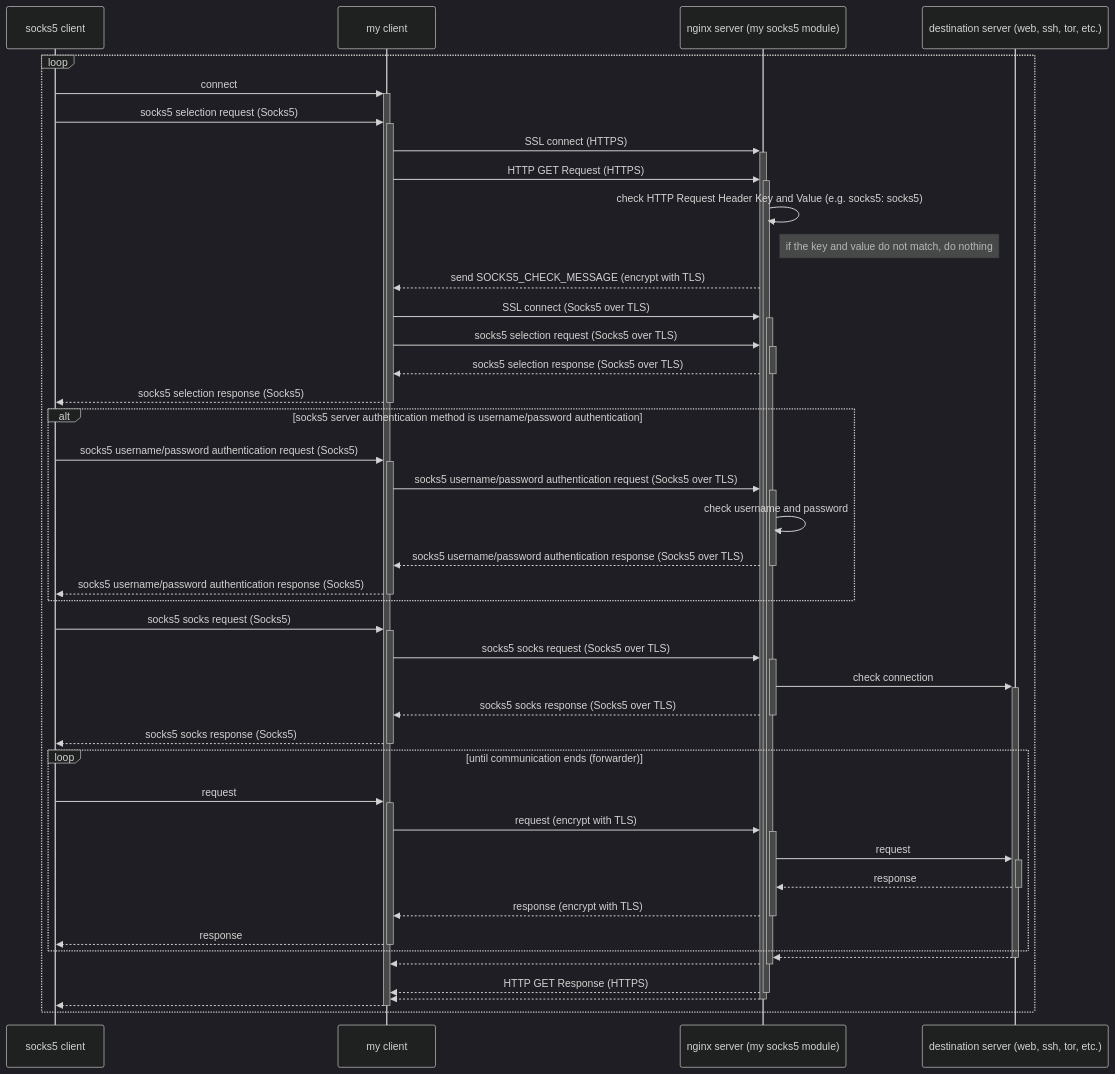
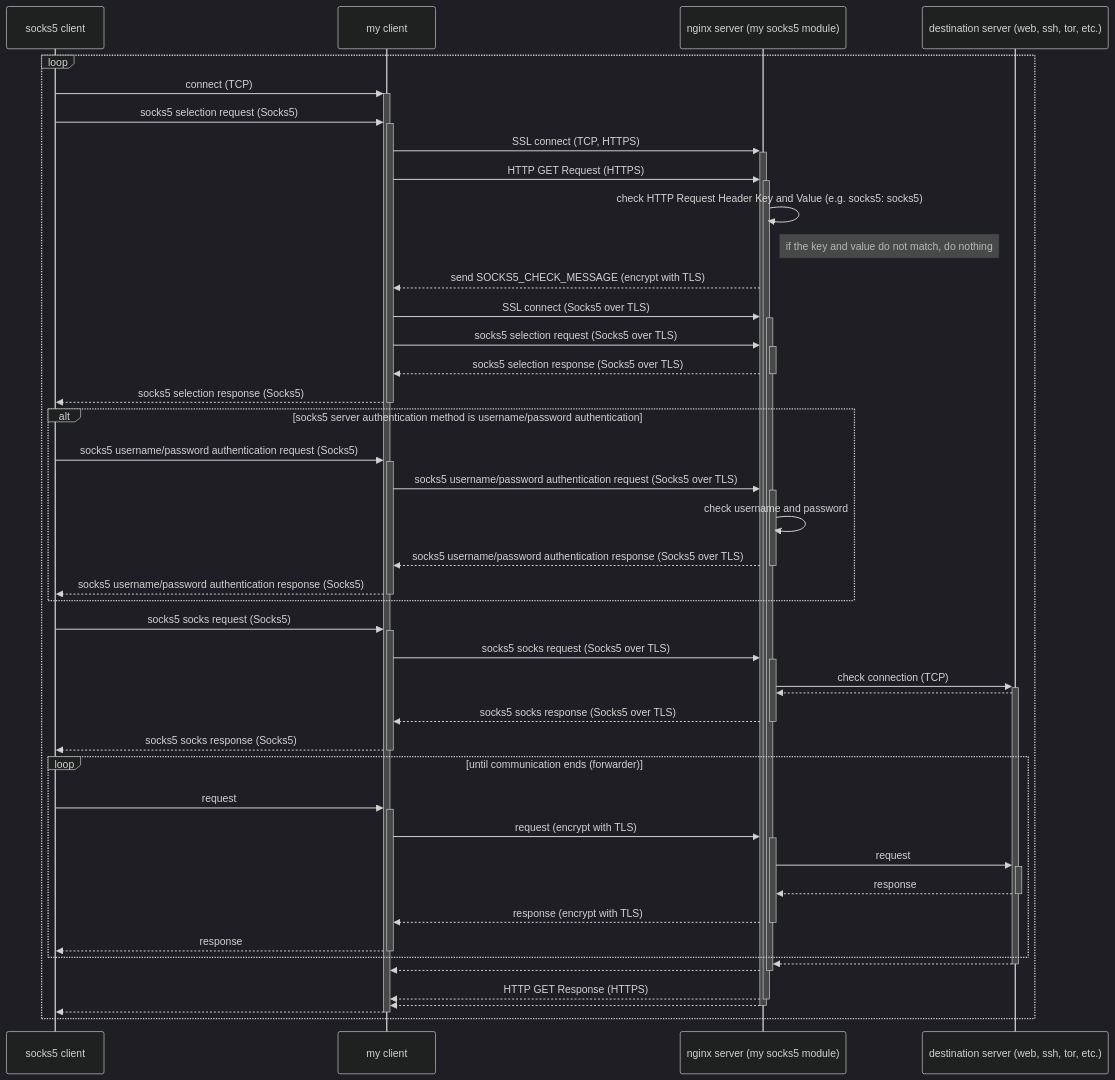
The first of 4 diagrams in README.md (shuichiro-endo/socks5-nginx-module-v2), drawn with Mermaid (dark theme) before and after one commit. The commit also changed other lines of this file and 3 other files, not shown here.

````diff
--- a/README.md
+++ b/README.md
@@ -13,45 +13,46 @@
 ```mermaid
 sequenceDiagram
     participant A as socks5 client
     participant B as my client
     participant C as nginx server (my socks5 module)
     participant D as destination server (web, ssh, tor, etc.)
     loop 
-        A->>+B: connect
+        A->>+B: connect (TCP)
         A->>+B: socks5 selection request (Socks5)
-        B->>+C: SSL connect (HTTPS)
+        B->>+C: SSL connect (TCP, HTTPS)
         B->>+C: HTTP GET Request (HTTPS)
         C->>C: check HTTP Request Header Key and Value (e.g. socks5: socks5)
         note right of C: if the key and value do not match, do nothing
         C-->>B: send SOCKS5_CHECK_MESSAGE (encrypt with TLS)
         B->>+C: SSL connect (Socks5 over TLS)
         B->>+C: socks5 selection request (Socks5 over TLS)
         C-->>-B: socks5 selection response (Socks5 over TLS)
         B-->>-A: socks5 selection response (Socks5)
         alt socks5 server authentication method is username/password authentication
         A->>+B: socks5 username/password authentication request (Socks5)
         B->>+C: socks5 username/password authentication request (Socks5 over TLS)
         C->>C: check username and password
         C-->>-B: socks5 username/password authentication response (Socks5 over TLS)
         B-->>-A: socks5 username/password authentication response (Socks5)
         end
         A->>+B: socks5 socks request (Socks5)
         B->>+C: socks5 socks request (Socks5 over TLS)
-        C->>+D: check connection
+        C->>+D: check connection (TCP)
+        D-->>C: 
         C-->>-B: socks5 socks response (Socks5 over TLS)
         B-->>-A: socks5 socks response (Socks5)
         loop until communication ends (forwarder)
             A->>+B: request
             B->>+C: request (encrypt with TLS)
             C->>+D: request
             D-->>-C: response
             C-->>-B: response (encrypt with TLS)
             B-->>-A: response
         end
         D-->>-C:  
         C-->>-B: 
         C-->>-B: HTTP GET Response (HTTPS)
         C-->>-B: 
         B-->>-A: 
     end
 ```
````
